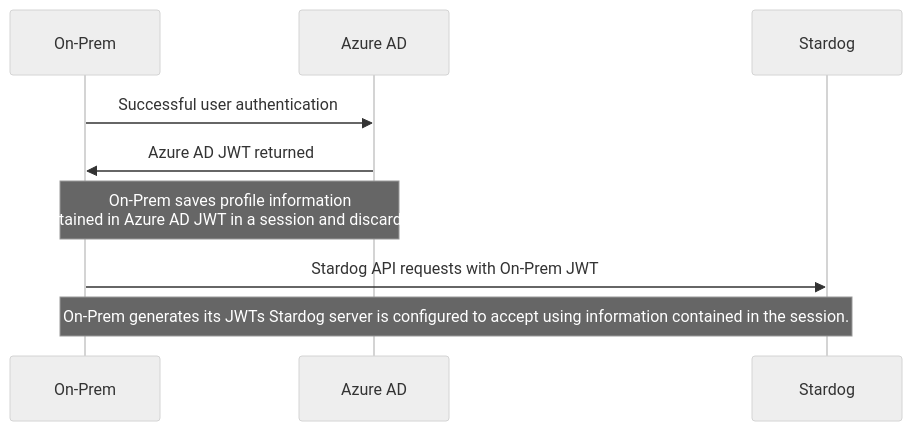
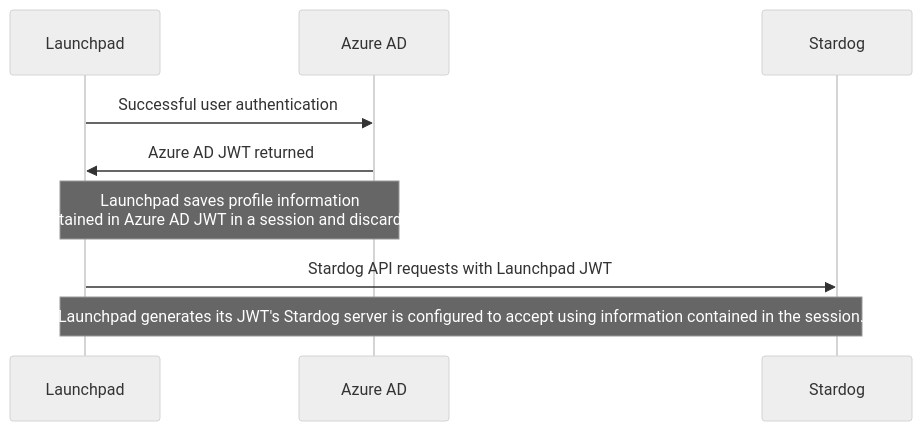
One commit to stardog-union/launchpad-docs changed the diagram in azure/README.md. Above: the diagram before and after it, drawn with Mermaid (neutral theme). The commit also changed other lines of this file and 12 other files, not shown here.

````diff
--- a/azure/README.md
+++ b/azure/README.md
@@ -33,8 +33,8 @@
 ```mermaid
 sequenceDiagram
-  On-Prem->>Azure AD: Successful user authentication
-  Azure AD->>On-Prem: Azure AD JWT returned
-  Note over Azure AD,On-Prem: On-Prem saves profile information <br> contained in Azure AD JWT in a session and discards it.
-  On-Prem->>Stardog: Stardog API requests with On-Prem JWT
-  Note over On-Prem,Stardog: On-Prem generates its JWTs Stardog server is configured to accept using information contained in the session.
+  Launchpad->>Azure AD: Successful user authentication
+  Azure AD->>Launchpad: Azure AD JWT returned
+  Note over Azure AD,Launchpad: Launchpad saves profile information <br> contained in Azure AD JWT in a session and discards it.
+  Launchpad->>Stardog: Stardog API requests with Launchpad JWT
+  Note over Launchpad,Stardog: Launchpad generates its JWT's Stardog server is configured to accept using information contained in the session.
 ```
````
